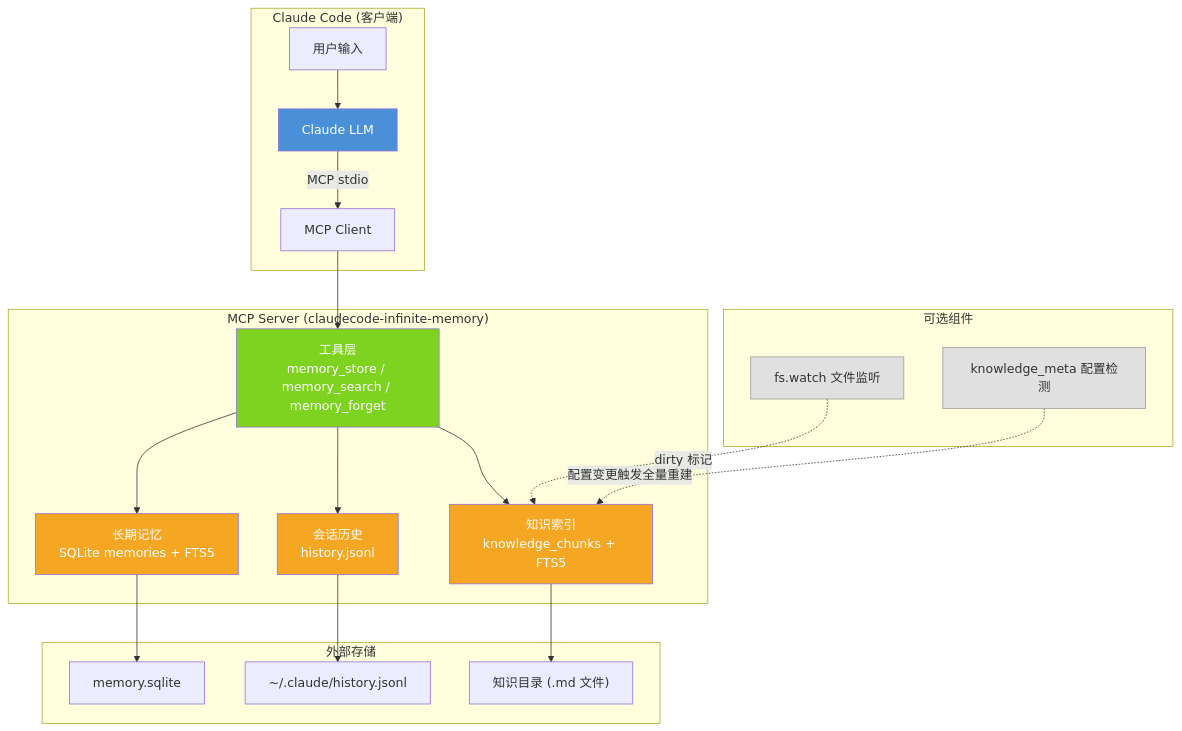
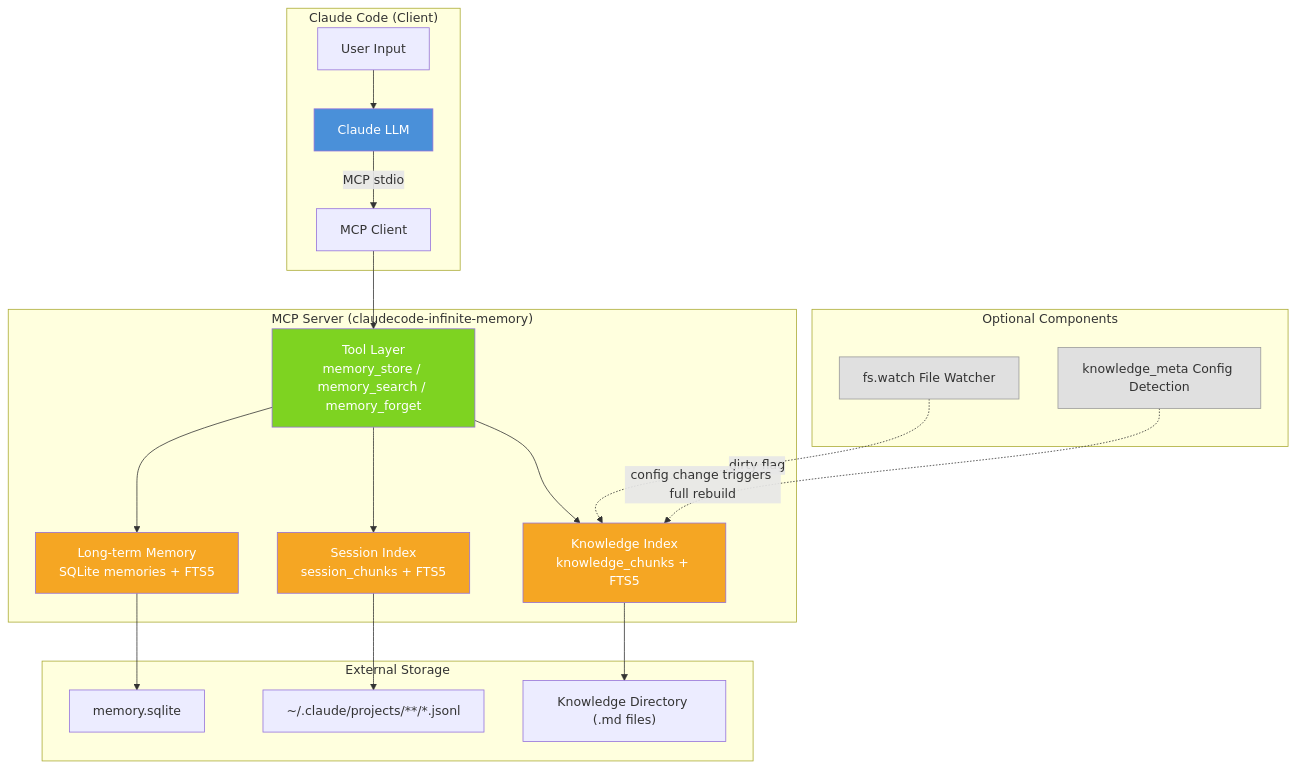
One commit to lchaoer/claudecode-oepnclaw-mem changed the first of 11 diagrams in ARCHITECTURE.md. Above: the diagram before and after it, drawn with Mermaid. The commit also changed other lines of this file and 2 other files, not shown here.

````diff
--- a/ARCHITECTURE.md
+++ b/ARCHITECTURE.md
@@ -7,37 +7,37 @@
 ```mermaid
 graph TB
-    subgraph "Claude Code (客户端)"
-        U["用户输入"] --> LLM["Claude LLM"]
+    subgraph "Claude Code (Client)"
+        U["User Input"] --> LLM["Claude LLM"]
         LLM -->|MCP stdio| CLIENT["MCP Client"]
     end
 
     subgraph "MCP Server (claudecode-infinite-memory)"
-        CLIENT --> TOOLS["工具层<br/>memory_store / memory_search / memory_forget"]
+        CLIENT --> TOOLS["Tool Layer<br/>memory_store / memory_search / memory_forget"]
 
-        TOOLS --> DB["长期记忆<br/>SQLite memories + FTS5"]
-        TOOLS --> HIST["会话历史<br/>history.jsonl"]
-        TOOLS --> KNOW["知识索引<br/>knowledge_chunks + FTS5"]
+        TOOLS --> DB["Long-term Memory<br/>SQLite memories + FTS5"]
+        TOOLS --> SESS["Session Index<br/>session_chunks + FTS5"]
+        TOOLS --> KNOW["Knowledge Index<br/>knowledge_chunks + FTS5"]
     end
 
-    subgraph "外部存储"
+    subgraph "External Storage"
         DB --> SQLITE["memory.sqlite"]
-        HIST --> JSONL["~/.claude/history.jsonl"]
-        KNOW --> MDDIR["知识目录 (.md 文件)"]
+        SESS --> JSONL["~/.claude/projects/**/*.jsonl"]
+        KNOW --> MDDIR["Knowledge Directory (.md files)"]
     end
 
-    subgraph "可选组件"
-        WATCHER["fs.watch 文件监听"]
-        META["knowledge_meta 配置检测"]
+    subgraph "Optional Components"
+        WATCHER["fs.watch File Watcher"]
+        META["knowledge_meta Config Detection"]
     end
 
-    WATCHER -.->|dirty 标记| KNOW
-    META -.->|配置变更触发全量重建| KNOW
+    WATCHER -.->|dirty flag| KNOW
+    META -.->|config change triggers full rebuild| KNOW
 
     style LLM fill:#4a90d9,color:#fff
     style TOOLS fill:#7ed321,color:#fff
     style DB fill:#f5a623,color:#fff
-    style HIST fill:#f5a623,color:#fff
+    style SESS fill:#f5a623,color:#fff
     style KNOW fill:#f5a623,color:#fff
     style WATCHER fill:#e0e0e0,stroke:#999
     style META fill:#e0e0e0,stroke:#999
 ```
````
